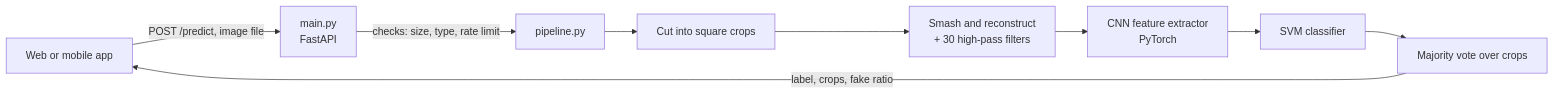
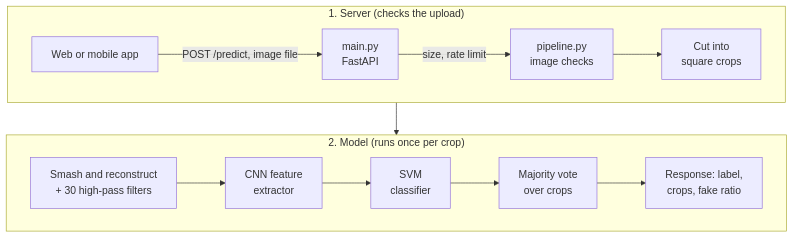
One commit to Plumz17/ai-image-detector changed the diagram in README.md. Above: the diagram before and after it, drawn with Mermaid.

Commit message:
Updated Diagram in README

````diff
--- a/README.md
+++ b/README.md
@@ -37,11 +37,14 @@
 ```mermaid
-flowchart LR
-    C[Web or mobile app] -->|POST /predict, image file| M[main.py<br/>FastAPI]
-    M -->|checks: size, type, rate limit| P[pipeline.py]
-    P --> S[Cut into square crops]
-    S --> T[Smash and reconstruct<br/>+ 30 high-pass filters]
-    T --> N[CNN feature extractor<br/>PyTorch]
-    N --> V[SVM classifier]
-    V --> R[Majority vote over crops]
-    R -->|label, crops, fake ratio| C
+flowchart TB
+    subgraph server["1. Server (checks the upload)"]
+        direction LR
+        C[Web or mobile app] -->|POST /predict, image file| M[main.py<br/>FastAPI]
+        M -->|size, rate limit| P[pipeline.py<br/>image checks]
+        P --> S[Cut into<br/>square crops]
+    end
+    subgraph model["2. Model (runs once per crop)"]
+        direction LR
+        T[Smash and reconstruct<br/>+ 30 high-pass filters] --> N[CNN feature<br/>extractor] --> V[SVM<br/>classifier] --> R[Majority vote<br/>over crops] --> O[Response: label,<br/>crops, fake ratio]
+    end
+    server --> model
 ```
````
